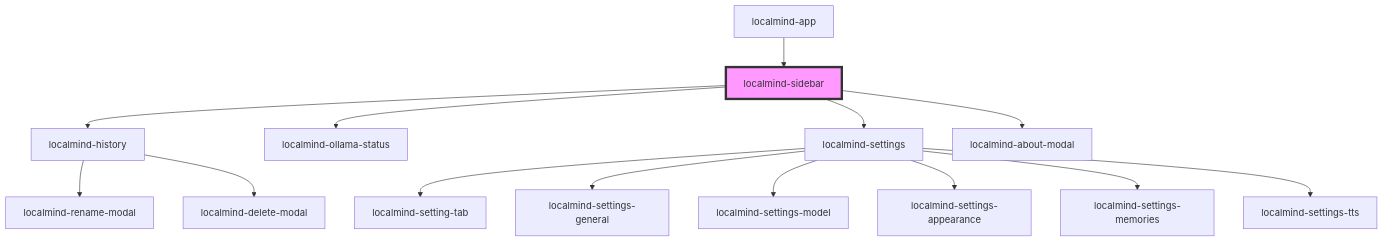
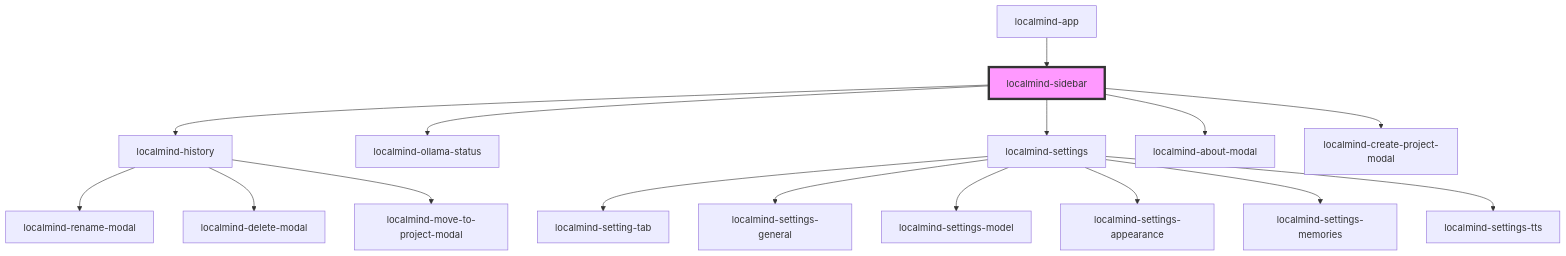
Before and after one commit to JoyGHub/LocalMind: the diagram in src/components/localmind-sidebar/readme.md, drawn with Mermaid. The commit also changed other lines of this file and 43 other files, not shown here.

````diff
--- a/src/components/localmind-sidebar/readme.md
+++ b/src/components/localmind-sidebar/readme.md
@@ -40,17 +42,19 @@
 ```mermaid
 graph TD;
   localmind-sidebar --> localmind-history
   localmind-sidebar --> localmind-ollama-status
   localmind-sidebar --> localmind-settings
   localmind-sidebar --> localmind-about-modal
+  localmind-sidebar --> localmind-create-project-modal
   localmind-history --> localmind-rename-modal
   localmind-history --> localmind-delete-modal
+  localmind-history --> localmind-move-to-project-modal
   localmind-settings --> localmind-setting-tab
   localmind-settings --> localmind-settings-general
   localmind-settings --> localmind-settings-model
   localmind-settings --> localmind-settings-appearance
   localmind-settings --> localmind-settings-memories
   localmind-settings --> localmind-settings-tts
   localmind-app --> localmind-sidebar
   style localmind-sidebar fill:#f9f,stroke:#333,stroke-width:4px
 ```
````
